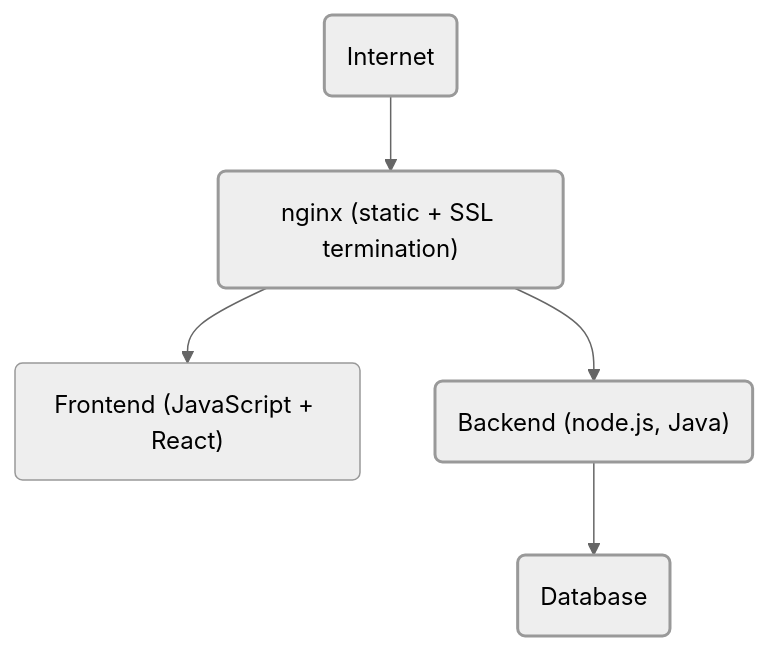
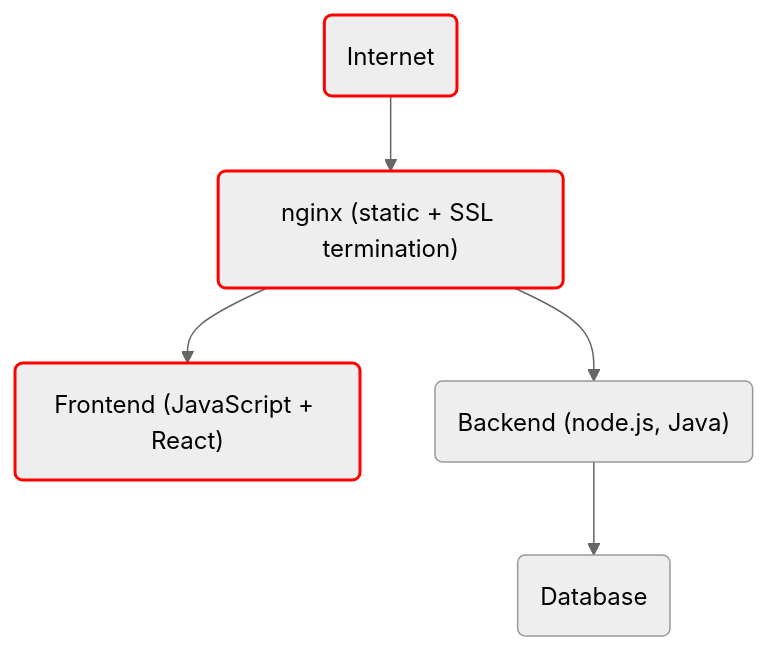
The diagram in report/README.md (Romanow/log4j2-masking-lib), drawn with Mermaid before and after one commit. The commit also changed other lines of this file and 1 other file, not shown here.

````diff
--- a/report/README.md
+++ b/report/README.md
@@ -285,9 +288,9 @@
 ```mermaid
 %%{init: {"theme": "neutral" }}%%
 flowchart TB
     A("Internet"):::mark --> B("nginx (static + SSL termination)")
-    B:::mark --> C("Frontend (JavaScript + React)")
+    B:::mark --> C("Frontend (JavaScript + React)"):::mark
     B:::mark --> D("Backend (node.js, Java)")
-    D:::mark --> E("Database"):::mark
-    classDef mark stroke-width: 2px;
+    D --> E("Database")
+    classDef mark stroke: #f00, stroke-width: 2px;
 ```
````
